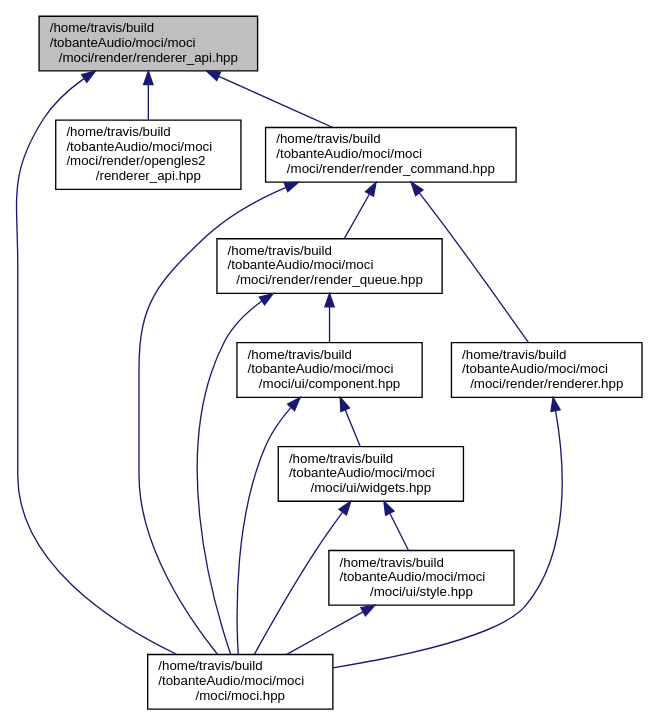
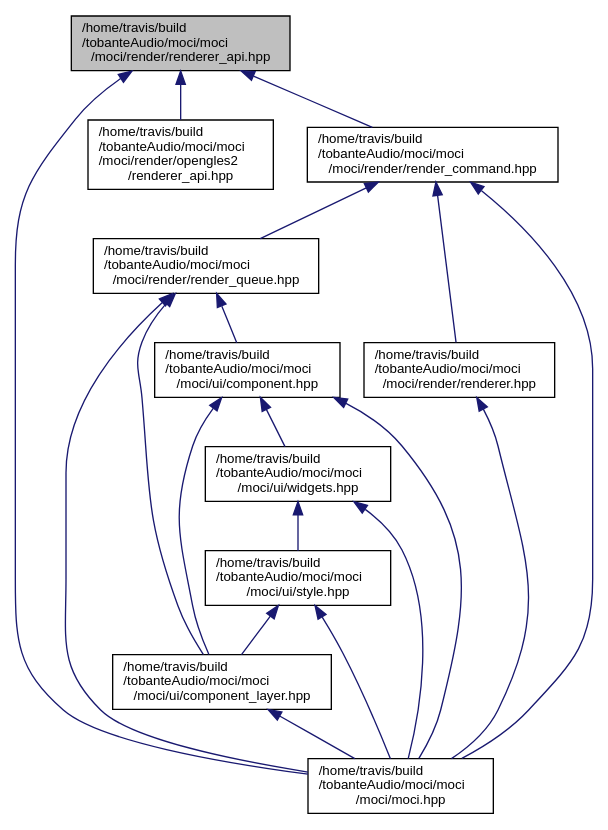
One commit to tobanteAudio/moci changed the diagram in renderer__api_8hpp__dep__incl.dot. Above: the diagram before and after it, drawn with Graphviz. The commit also changed 93 other files, not shown here.

Commit message:
Deploy tobanteAudio/moci to github.com/tobanteAudio/moci.git:gh-pages

```diff
--- a/renderer__api_8hpp__dep__incl.dot
+++ b/renderer__api_8hpp__dep__incl.dot
@@ -1,28 +1,33 @@
 digraph "/home/travis/build/tobanteAudio/moci/moci/moci/render/renderer_api.hpp"
 {
   edge [fontname="Helvetica",fontsize="10",labelfontname="Helvetica",labelfontsize="10"];
   node [fontname="Helvetica",fontsize="10",shape=record];
   Node2 [label="/home/travis/build\l/tobanteAudio/moci/moci\l/moci/render/renderer_api.hpp",height=0.2,width=0.4,color="black", fillcolor="grey75", style="filled", fontcolor="black"];
   Node2 -> Node3 [dir="back",color="midnightblue",fontsize="10",style="solid",fontname="Helvetica"];
   Node3 [label="/home/travis/build\l/tobanteAudio/moci/moci\l/moci/moci.hpp",height=0.2,width=0.4,color="black", fillcolor="white", style="filled",URL="$moci_8hpp.html"];
   Node2 -> Node4 [dir="back",color="midnightblue",fontsize="10",style="solid",fontname="Helvetica"];
   Node4 [label="/home/travis/build\l/tobanteAudio/moci/moci\l/moci/render/opengles2\l/renderer_api.hpp",height=0.2,width=0.4,color="black", fillcolor="white", style="filled",URL="$opengles2_2renderer__api_8hpp.html"];
   Node2 -> Node5 [dir="back",color="midnightblue",fontsize="10",style="solid",fontname="Helvetica"];
   Node5 [label="/home/travis/build\l/tobanteAudio/moci/moci\l/moci/render/render_command.hpp",height=0.2,width=0.4,color="black", fillcolor="white", style="filled",URL="$render__command_8hpp.html"];
   Node5 -> Node3 [dir="back",color="midnightblue",fontsize="10",style="solid",fontname="Helvetica"];
   Node5 -> Node6 [dir="back",color="midnightblue",fontsize="10",style="solid",fontname="Helvetica"];
   Node6 [label="/home/travis/build\l/tobanteAudio/moci/moci\l/moci/render/render_queue.hpp",height=0.2,width=0.4,color="black", fillcolor="white", style="filled",URL="$render__queue_8hpp.html"];
   Node6 -> Node3 [dir="back",color="midnightblue",fontsize="10",style="solid",fontname="Helvetica"];
   Node6 -> Node7 [dir="back",color="midnightblue",fontsize="10",style="solid",fontname="Helvetica"];
   Node7 [label="/home/travis/build\l/tobanteAudio/moci/moci\l/moci/ui/component.hpp",height=0.2,width=0.4,color="black", fillcolor="white", style="filled",URL="$component_8hpp.html"];
   Node7 -> Node3 [dir="back",color="midnightblue",fontsize="10",style="solid",fontname="Helvetica"];
   Node7 -> Node8 [dir="back",color="midnightblue",fontsize="10",style="solid",fontname="Helvetica"];
-  Node8 [label="/home/travis/build\l/tobanteAudio/moci/moci\l/moci/ui/widgets.hpp",height=0.2,width=0.4,color="black", fillcolor="white", style="filled",URL="$widgets_8hpp.html"];
+  Node8 [label="/home/travis/build\l/tobanteAudio/moci/moci\l/moci/ui/component_layer.hpp",height=0.2,width=0.4,color="black", fillcolor="white", style="filled",URL="$component__layer_8hpp.html"];
   Node8 -> Node3 [dir="back",color="midnightblue",fontsize="10",style="solid",fontname="Helvetica"];
-  Node8 -> Node9 [dir="back",color="midnightblue",fontsize="10",style="solid",fontname="Helvetica"];
-  Node9 [label="/home/travis/build\l/tobanteAudio/moci/moci\l/moci/ui/style.hpp",height=0.2,width=0.4,color="black", fillcolor="white", style="filled",URL="$style_8hpp.html"];
+  Node7 -> Node9 [dir="back",color="midnightblue",fontsize="10",style="solid",fontname="Helvetica"];
+  Node9 [label="/home/travis/build\l/tobanteAudio/moci/moci\l/moci/ui/widgets.hpp",height=0.2,width=0.4,color="black", fillcolor="white", style="filled",URL="$widgets_8hpp.html"];
   Node9 -> Node3 [dir="back",color="midnightblue",fontsize="10",style="solid",fontname="Helvetica"];
-  Node5 -> Node10 [dir="back",color="midnightblue",fontsize="10",style="solid",fontname="Helvetica"];
-  Node10 [label="/home/travis/build\l/tobanteAudio/moci/moci\l/moci/render/renderer.hpp",height=0.2,width=0.4,color="black", fillcolor="white", style="filled",URL="$renderer_8hpp.html"];
+  Node9 -> Node10 [dir="back",color="midnightblue",fontsize="10",style="solid",fontname="Helvetica"];
+  Node10 [label="/home/travis/build\l/tobanteAudio/moci/moci\l/moci/ui/style.hpp",height=0.2,width=0.4,color="black", fillcolor="white", style="filled",URL="$style_8hpp.html"];
   Node10 -> Node3 [dir="back",color="midnightblue",fontsize="10",style="solid",fontname="Helvetica"];
+  Node10 -> Node8 [dir="back",color="midnightblue",fontsize="10",style="solid",fontname="Helvetica"];
+  Node6 -> Node8 [dir="back",color="midnightblue",fontsize="10",style="solid",fontname="Helvetica"];
+  Node5 -> Node11 [dir="back",color="midnightblue",fontsize="10",style="solid",fontname="Helvetica"];
+  Node11 [label="/home/travis/build\l/tobanteAudio/moci/moci\l/moci/render/renderer.hpp",height=0.2,width=0.4,color="black", fillcolor="white", style="filled",URL="$renderer_8hpp.html"];
+  Node11 -> Node3 [dir="back",color="midnightblue",fontsize="10",style="solid",fontname="Helvetica"];
 }
```
